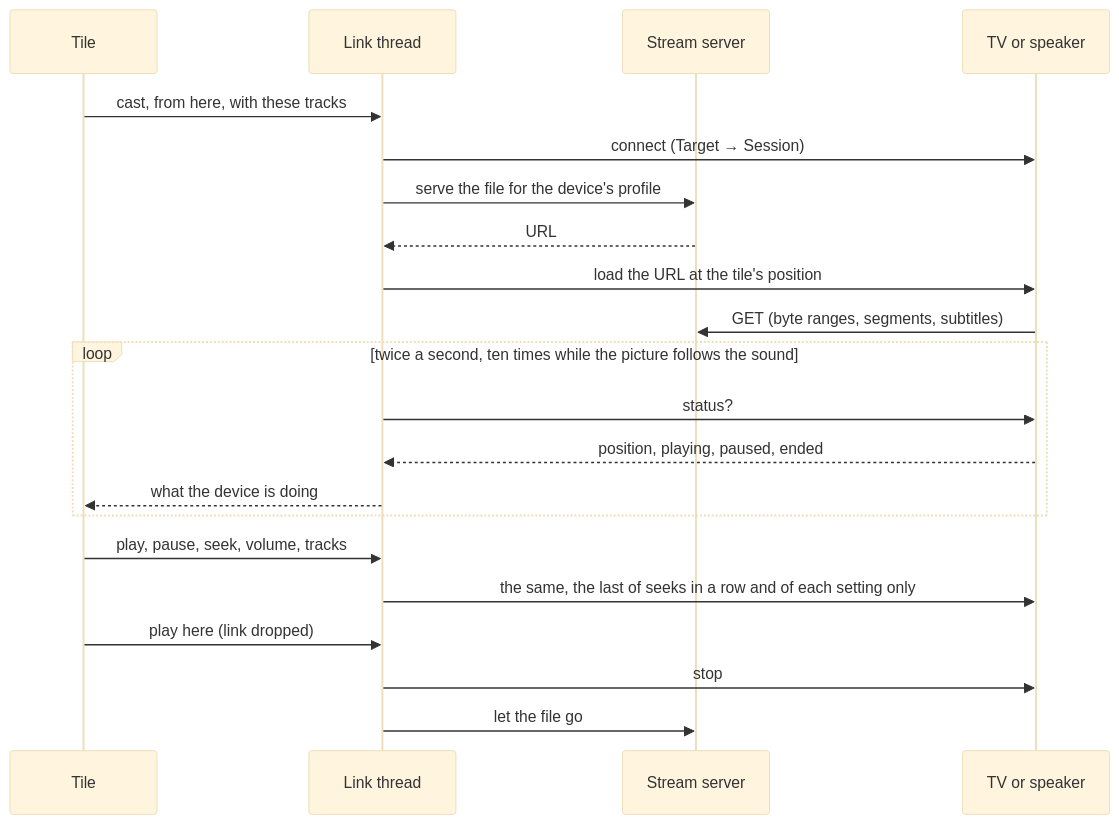
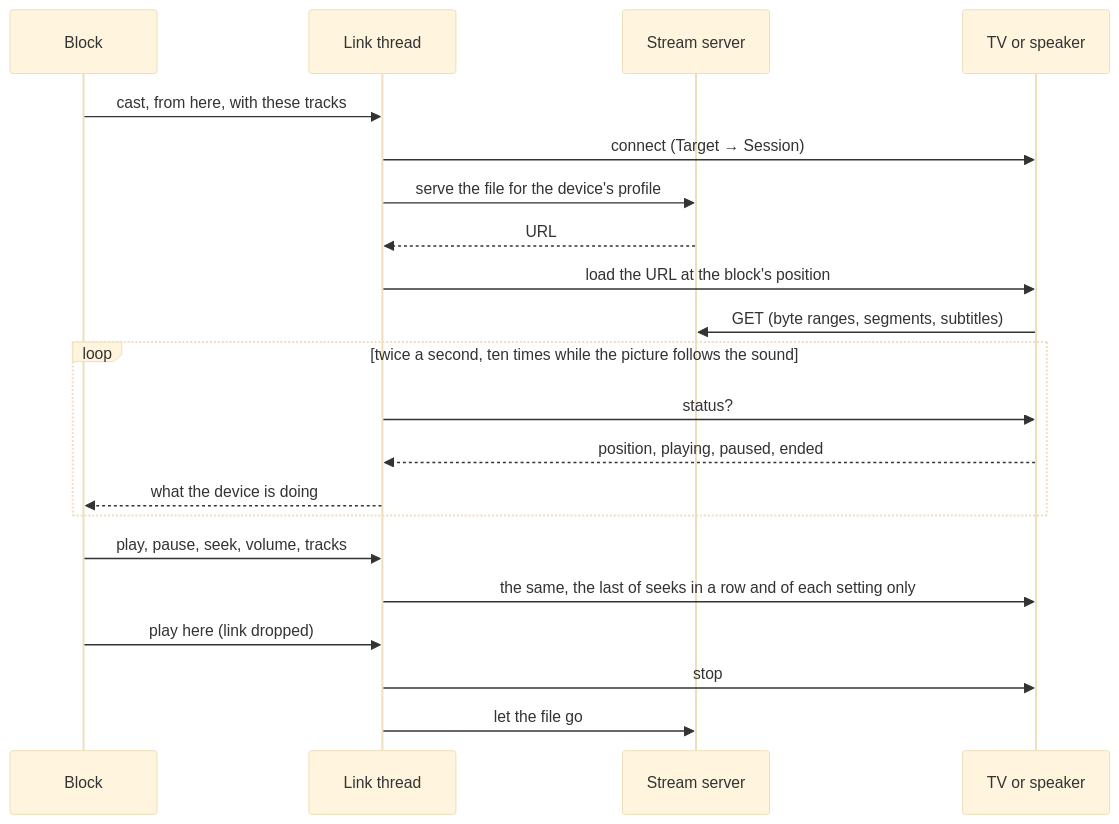
Before and after one commit to velocityzen/Plays: the fifth of 6 diagrams in ARCHITECTURE.md, drawn with Mermaid (base theme). The commit also changed other lines of this file and 136 other files, not shown here.

First line of the commit message:
Call what shows a player a block, not a tile, everywhere (MM-395)

````diff
--- a/ARCHITECTURE.md
+++ b/ARCHITECTURE.md
@@ -1027,23 +1027,23 @@
 ```mermaid
 sequenceDiagram
-    participant T as Tile
+    participant T as Block
     participant L as Link thread
     participant S as Stream server
     participant D as TV or speaker
     T->>L: cast, from here, with these tracks
     L->>D: connect (Target → Session)
     L->>S: serve the file for the device's profile
     S-->>L: URL
-    L->>D: load the URL at the tile's position
+    L->>D: load the URL at the block's position
     D->>S: GET (byte ranges, segments, subtitles)
     loop twice a second, ten times while the picture follows the sound
         L->>D: status?
         D-->>L: position, playing, paused, ended
         L-->>T: what the device is doing
     end
     T->>L: play, pause, seek, volume, tracks
     L->>D: the same, the last of seeks in a row and of each setting only
     T->>L: play here (link dropped)
     L->>D: stop
     L->>S: let the file go
 ```
````
